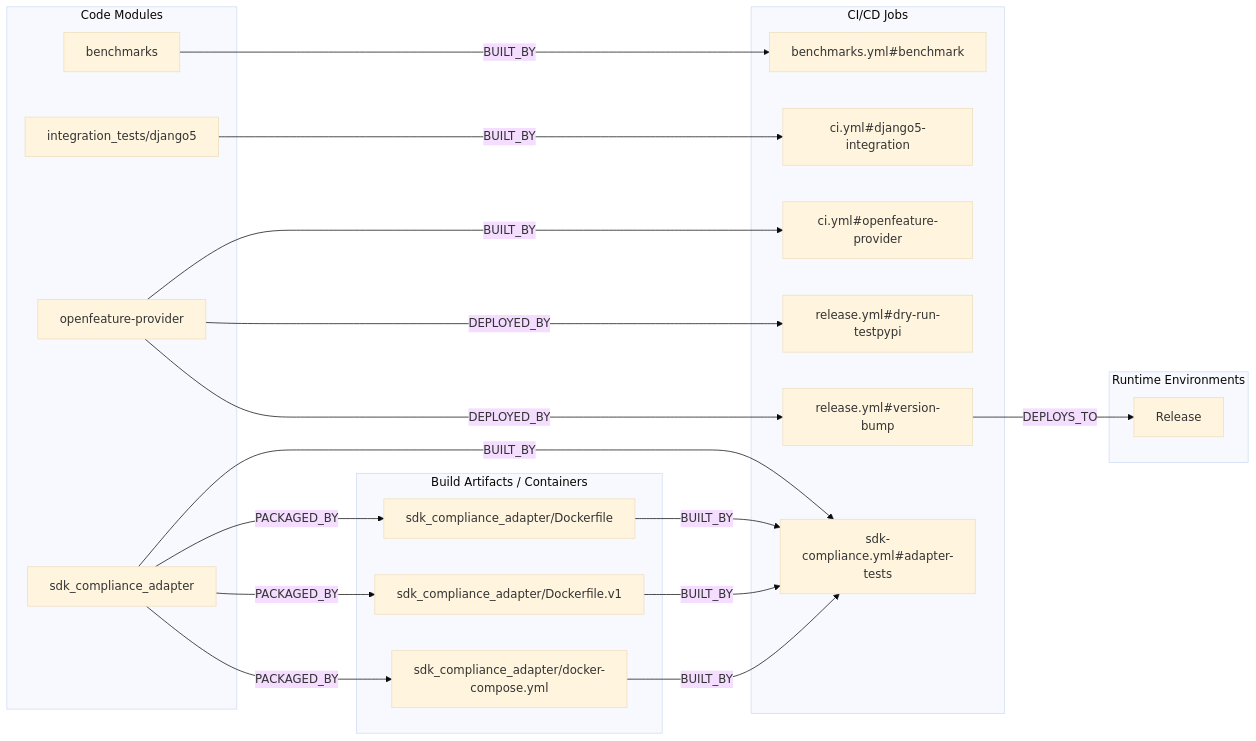
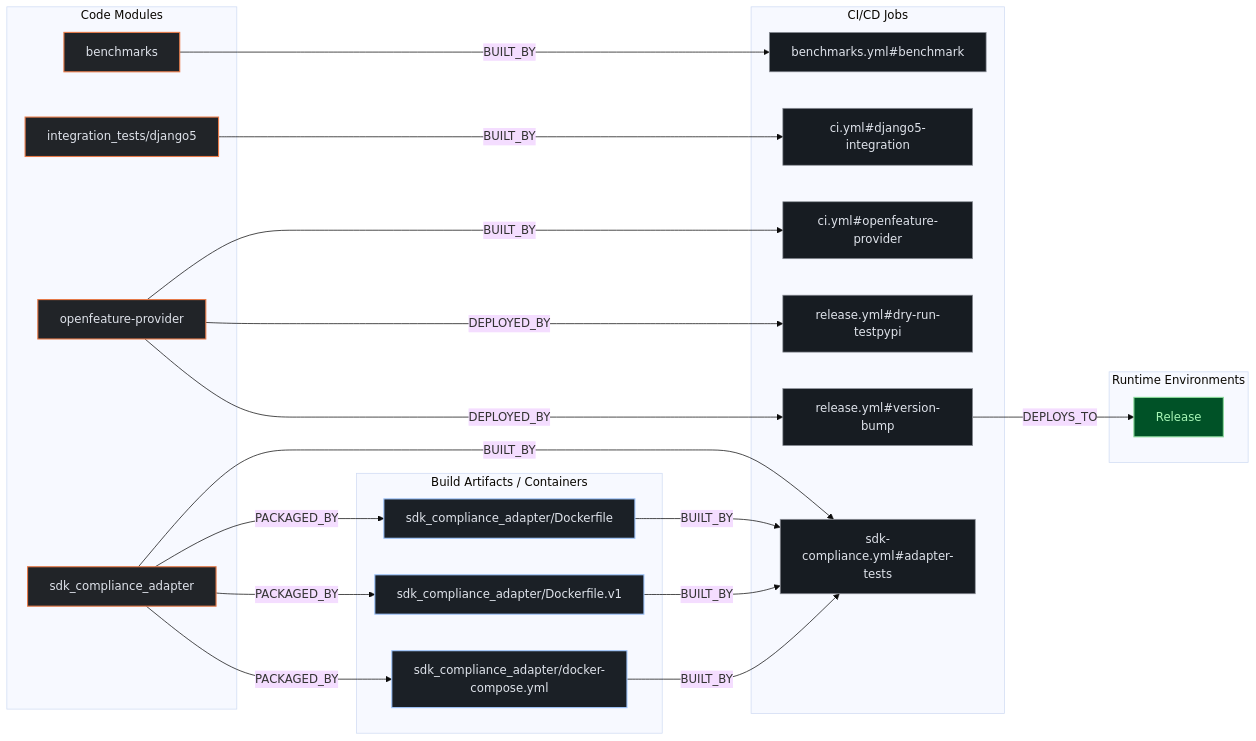
The second of 3 diagrams in exports/latest/reports/PostHog-posthog-python-report.md (kumarshaz/atruss-code-atlas), drawn with Mermaid (base theme) before and after one commit. The commit also changed other lines of this file and 331 other files, not shown here.

Commit message:
docs,ui,fix: update SDLC docs, reorder CI/CD DAG first, stylize Mermaid, and fix Arc42 pipeline topology

````diff
--- a/exports/latest/reports/PostHog-posthog-python-report.md
+++ b/exports/latest/reports/PostHog-posthog-python-report.md
@@ -188,38 +195,42 @@
 ```mermaid
 flowchart LR
+    classDef atlasCategory fill:#212428,stroke:#E87A48,stroke-width:1.5px,color:#dfe3eb
+    classDef atlasWorkflow fill:#1b2026,stroke:#a3c9ff,stroke-width:1.5px,color:#dfe3eb
+    classDef atlasJob fill:#171c22,stroke:#8d9199,stroke-width:1px,color:#dfe3eb
+    classDef atlasTarget fill:#005227,stroke:#8bd99b,stroke-width:1.5px,color:#a7f6b6
     subgraph code_modules["Code Modules"]
-        mod_benchmarks["benchmarks"]
-        mod_integration_tests_django5["integration_tests/django5"]
-        mod_openfeature_provider["openfeature-provider"]
-        mod_sdk_compliance_adapter["sdk_compliance_adapter"]
+        mod_benchmarks["benchmarks"]:::atlasCategory
+        mod_integration_tests_django5["integration_tests/django5"]:::atlasCategory
+        mod_openfeature_provider["openfeature-provider"]:::atlasCategory
+        mod_sdk_compliance_adapter["sdk_compliance_adapter"]:::atlasCategory
     end
     subgraph build_artifacts["Build Artifacts / Containers"]
-        art_sdk_compliance_adapter_Dockerfile["sdk_compliance_adapter/Dockerfile"]
-        art_sdk_compliance_adapter_Dockerfile_v1["sdk_compliance_adapter/Dockerfile.v1"]
-        art_sdk_compliance_adapter_docker_compose_yml["sdk_compliance_adapter/docker-compose.yml"]
+        art_sdk_compliance_adapter_Dockerfile["sdk_compliance_adapter/Dockerfile"]:::atlasWorkflow
+        art_sdk_compliance_adapter_Dockerfile_v1["sdk_compliance_adapter/Dockerfile.v1"]:::atlasWorkflow
+        art_sdk_compliance_adapter_docker_compose_yml["sdk_compliance_adapter/docker-compose.yml"]:::atlasWorkflow
     end
     subgraph ci_jobs["CI/CD Jobs"]
-        job_benchmarks_yml_benchmark["benchmarks.yml#benchmark"]
-        job_ci_yml_django5_integration["ci.yml#django5-integration"]
-        job_ci_yml_openfeature_provider["ci.yml#openfeature-provider"]
-        job_release_yml_dry_run_testpypi["release.yml#dry-run-testpypi"]
-        job_release_yml_version_bump["release.yml#version-bump"]
-        job_sdk_compliance_yml_adapter_tests["sdk-compliance.yml#adapter-tests"]
+        job_benchmarks_yml_benchmark["benchmarks.yml#benchmark"]:::atlasJob
+        job_ci_yml_django5_integration["ci.yml#django5-integration"]:::atlasJob
+        job_ci_yml_openfeature_provider["ci.yml#openfeature-provider"]:::atlasJob
+        job_release_yml_dry_run_testpypi["release.yml#dry-run-testpypi"]:::atlasJob
+        job_release_yml_version_bump["release.yml#version-bump"]:::atlasJob
+        job_sdk_compliance_yml_adapter_tests["sdk-compliance.yml#adapter-tests"]:::atlasJob
     end
     subgraph runtime_envs["Runtime Environments"]
-        env_Release["Release"]
+        env_Release["Release"]:::atlasTarget
     end
     job_release_yml_version_bump -->|DEPLOYS_TO| env_Release
     mod_benchmarks -->|BUILT_BY| job_benchmarks_yml_benchmark
     mod_integration_tests_django5 -->|BUILT_BY| job_ci_yml_django5_integration
     mod_openfeature_provider -->|BUILT_BY| job_ci_yml_openfeature_provider
     mod_openfeature_provider -->|DEPLOYED_BY| job_release_yml_dry_run_testpypi
     mod_openfeature_provider -->|DEPLOYED_BY| job_release_yml_version_bump
     mod_sdk_compliance_adapter -->|BUILT_BY| job_sdk_compliance_yml_adapter_tests
     mod_sdk_compliance_adapter -->|PACKAGED_BY| art_sdk_compliance_adapter_Dockerfile
     mod_sdk_compliance_adapter -->|PACKAGED_BY| art_sdk_compliance_adapter_Dockerfile_v1
     mod_sdk_compliance_adapter -->|PACKAGED_BY| art_sdk_compliance_adapter_docker_compose_yml
     art_sdk_compliance_adapter_Dockerfile -->|BUILT_BY| job_sdk_compliance_yml_adapter_tests
     art_sdk_compliance_adapter_Dockerfile_v1 -->|BUILT_BY| job_sdk_compliance_yml_adapter_tests
     art_sdk_compliance_adapter_docker_compose_yml -->|BUILT_BY| job_sdk_compliance_yml_adapter_tests
 ```
````
